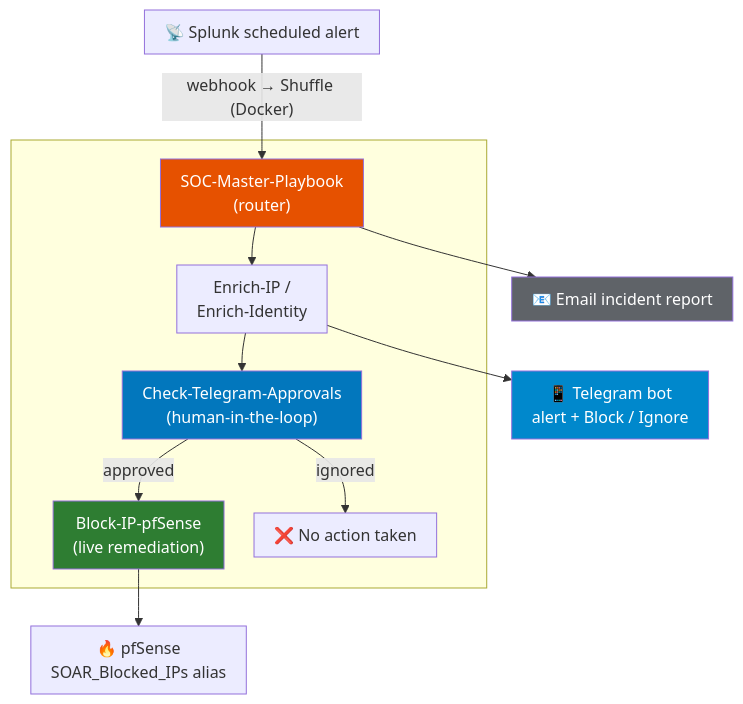
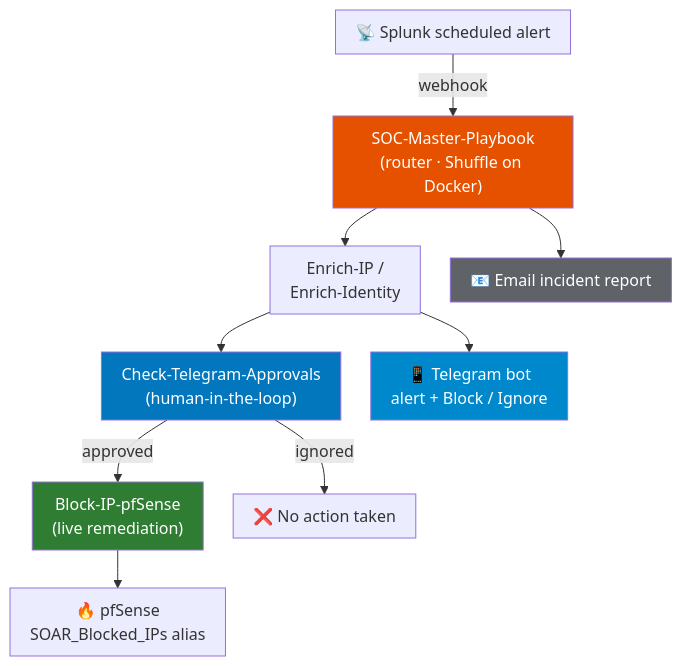
Before and after one commit to ahhmedmostafaa/SOC-SIEM-SOAR-HomeLab: the second of 2 diagrams in architecture/README.md, drawn with Mermaid. The commit also changed other lines of this file, not shown here.

````diff
--- a/architecture/README.md
+++ b/architecture/README.md
@@ -65,33 +59,31 @@
 ```mermaid
 %%{init: {"flowchart": {"nodeSpacing": 30, "rankSpacing": 38, "padding": 10}}}%%
 flowchart TB
     ALERT["📡 Splunk scheduled alert"]
 
-    subgraph SOAR[" "]
-        ROUTER["SOC-Master-Playbook<br/>(router)"]
-        ENRICH["Enrich-IP /<br/>Enrich-Identity"]
-        APPROVE["Check-Telegram-Approvals<br/>(human-in-the-loop)"]
-        BLOCK["Block-IP-pfSense<br/>(live remediation)"]
-        NOOP["❌ No action taken"]
-    end
+    ROUTER["SOC-Master-Playbook<br/>(router · Shuffle on Docker)"]
+    ENRICH["Enrich-IP /<br/>Enrich-Identity"]
+    APPROVE["Check-Telegram-Approvals<br/>(human-in-the-loop)"]
+    BLOCK["Block-IP-pfSense<br/>(live remediation)"]
+    NOOP["❌ No action taken"]
 
     TG["📱 Telegram bot<br/>alert + Block / Ignore"]
     MAIL["📧 Email incident report"]
 
     FW["🔥 pfSense<br/>SOAR_Blocked_IPs alias"]
 
-    ALERT -- "webhook → Shuffle (Docker)" --> ROUTER
+    ALERT -- webhook --> ROUTER
     ROUTER --> ENRICH
     ROUTER --> MAIL
     ENRICH --> TG
     ENRICH --> APPROVE
     APPROVE -- approved --> BLOCK
     APPROVE -- ignored --> NOOP
     BLOCK --> FW
 
     style TG fill:#0088cc,color:#fff
     style MAIL fill:#5f6368,color:#fff
     style ROUTER fill:#e65100,color:#fff
     style APPROVE fill:#0277bd,color:#fff
     style BLOCK fill:#2e7d32,color:#fff
 ```
````
